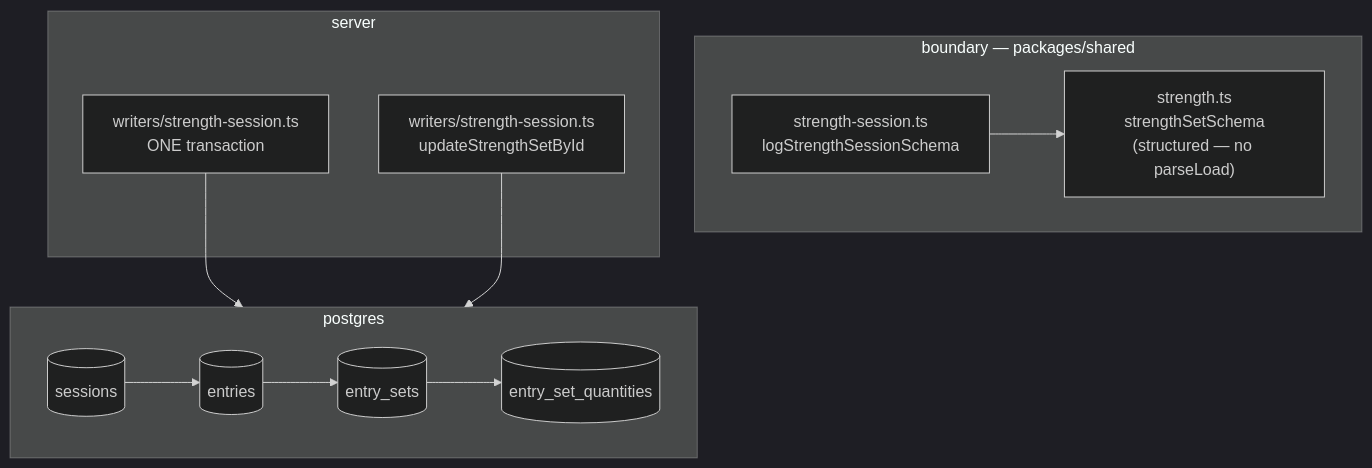
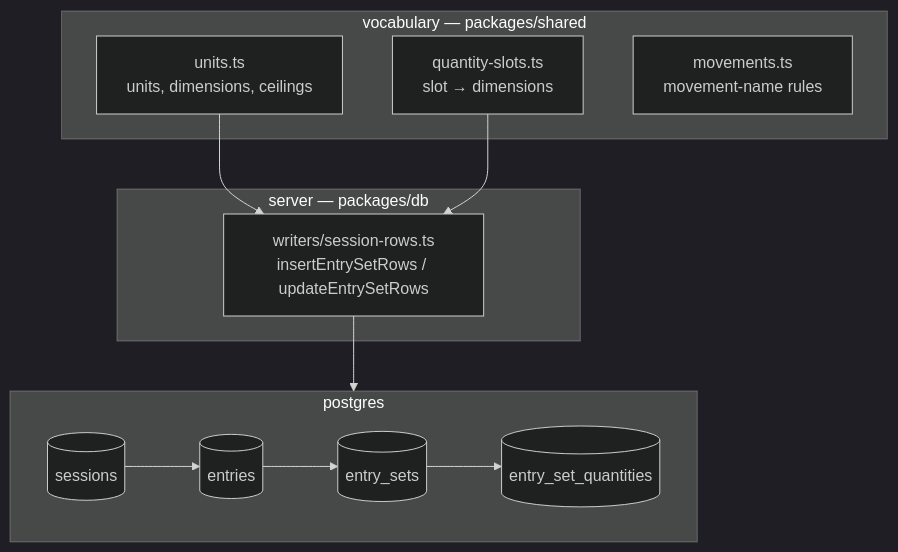
Before and after one commit to ralamode/mat-plan: the diagram in docs/features/strength-logging.md, drawn with Mermaid (dark theme). The commit also changed other lines of this file and 85 other files, not shown here.

First line of the commit message:
refactor(legacy-1): delete the old strength writer, its db:verify proofs, resolver and schemas (#828)

````diff
--- a/docs/features/strength-logging.md
+++ b/docs/features/strength-logging.md
@@ -60,20 +40,20 @@
 ```mermaid
 flowchart TD
-  subgraph boundary["boundary — packages/shared"]
-    SETSCHEMA["strength.ts<br/>strengthSetSchema<br/>(structured — no parseLoad)"]
-    SESSIONSCHEMA["strength-session.ts<br/>logStrengthSessionSchema"]
+  subgraph vocab["vocabulary — packages/shared"]
+    UNITS["units.ts<br/>units, dimensions, ceilings"]
+    SLOTS["quantity-slots.ts<br/>slot → dimensions"]
+    NAMES["movements.ts<br/>movement-name rules"]
   end
 
-  subgraph server["server"]
-    WRITER["writers/strength-session.ts<br/>ONE transaction"]
-    EDIT["writers/strength-session.ts<br/>updateStrengthSetById"]
+  subgraph server["server — packages/db"]
+    ROWS["writers/session-rows.ts<br/>insertEntrySetRows / updateEntrySetRows"]
   end
 
   subgraph db["postgres"]
     SESS[(sessions)] --> ENT[(entries)] --> SETS[(entry_sets)] --> QTY[(entry_set_quantities)]
   end
 
-  SESSIONSCHEMA --> SETSCHEMA
-  WRITER --> db
-  EDIT --> db
+  UNITS --> ROWS
+  SLOTS --> ROWS
+  ROWS --> db
 ```
````
